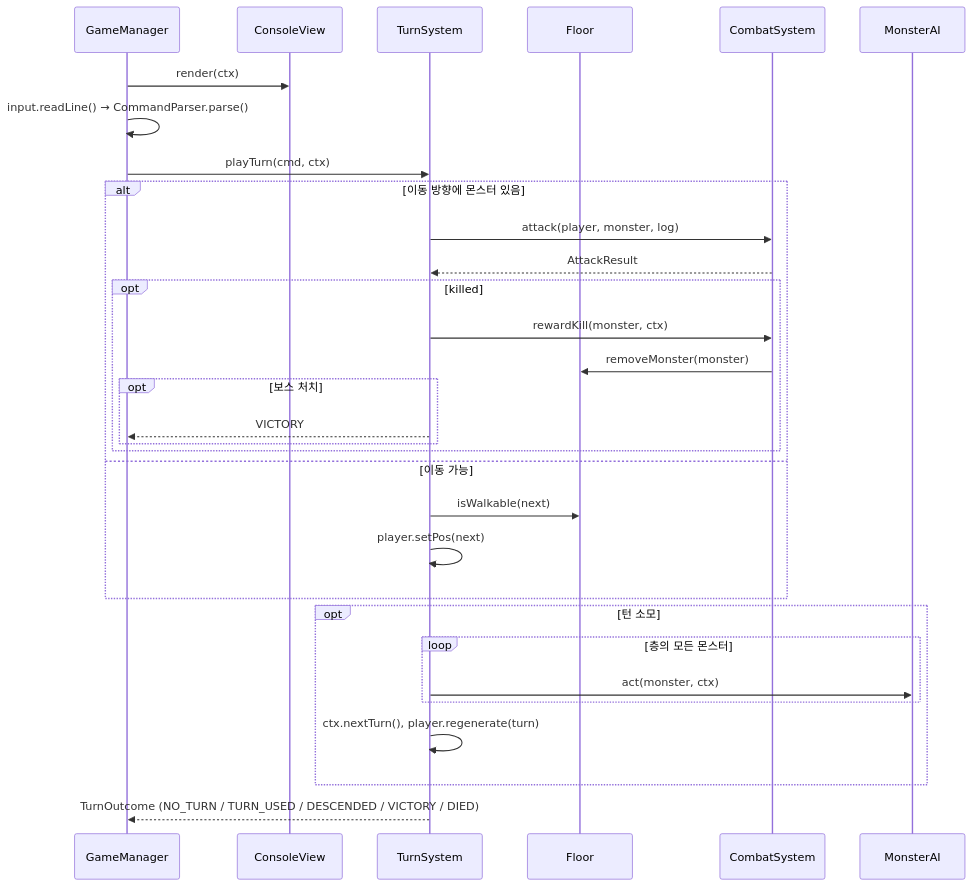
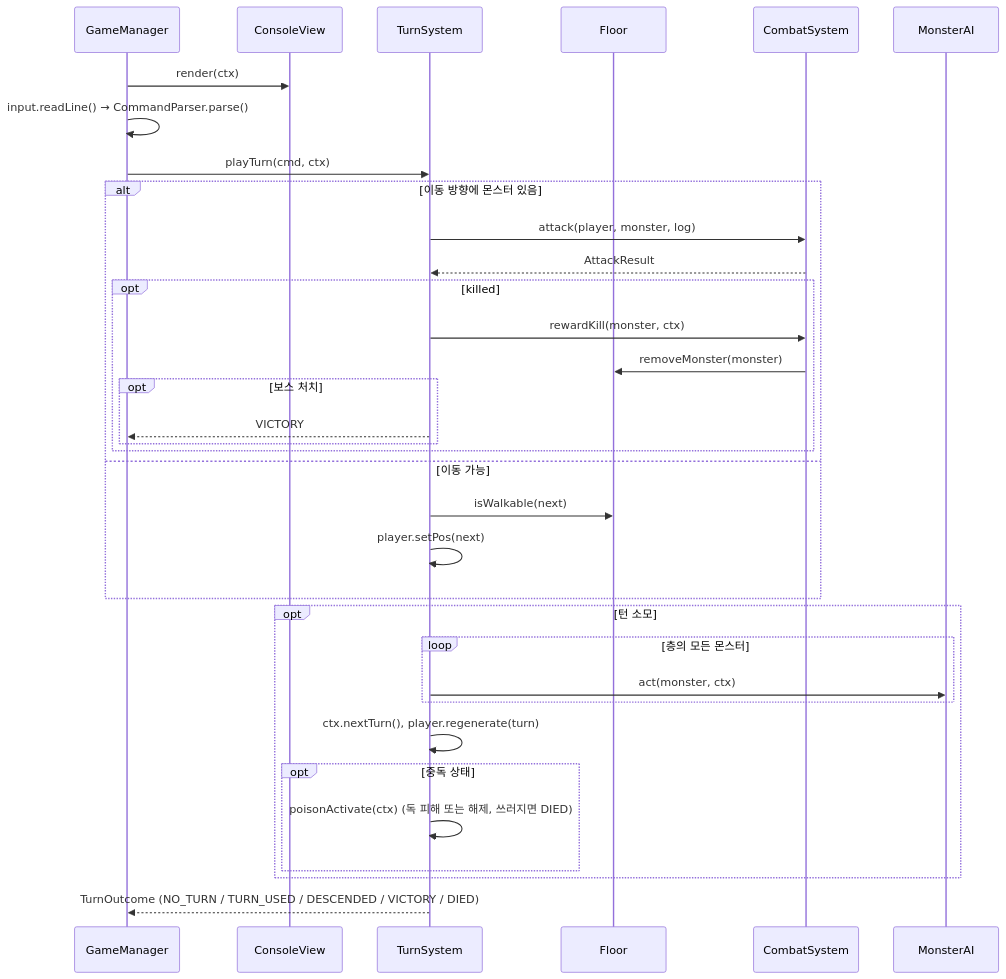
Before and after one commit to likelion-boot-camp-28th/side-project01-team01: the ninth of 9 diagrams in docs/Class-Diagram.md, drawn with Mermaid. The commit also changed other lines of this file and 1 other file, not shown here.

````diff
--- a/docs/Class-Diagram.md
+++ b/docs/Class-Diagram.md
@@ -996,34 +1005,37 @@
 ```mermaid
 sequenceDiagram
     participant GM as GameManager
     participant V as ConsoleView
     participant TS as TurnSystem
     participant F as Floor
     participant CS as CombatSystem
     participant AI as MonsterAI
 
     GM->>V: render(ctx)
     GM->>GM: input.readLine() → CommandParser.parse()
     GM->>TS: playTurn(cmd, ctx)
     alt 이동 방향에 몬스터 있음
         TS->>CS: attack(player, monster, log)
         CS-->>TS: AttackResult
         opt killed
             TS->>CS: rewardKill(monster, ctx)
             CS->>F: removeMonster(monster)
             opt 보스 처치
                 TS-->>GM: VICTORY
             end
         end
     else 이동 가능
         TS->>F: isWalkable(next)
         TS->>TS: player.setPos(next)
     end
     opt 턴 소모
         loop 층의 모든 몬스터
             TS->>AI: act(monster, ctx)
         end
         TS->>TS: ctx.nextTurn(), player.regenerate(turn)
+        opt 중독 상태
+            TS->>TS: poisonActivate(ctx) (독 피해 또는 해제, 쓰러지면 DIED)
+        end
     end
     TS-->>GM: TurnOutcome (NO_TURN / TURN_USED / DESCENDED / VICTORY / DIED)
 ```
````
